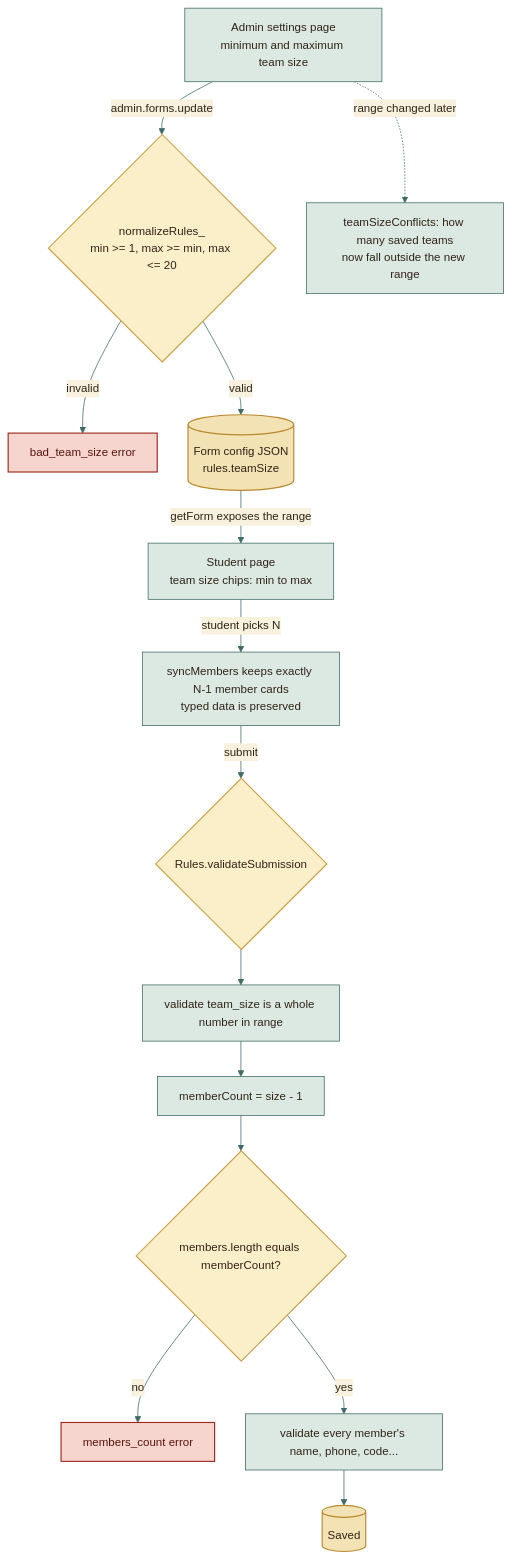
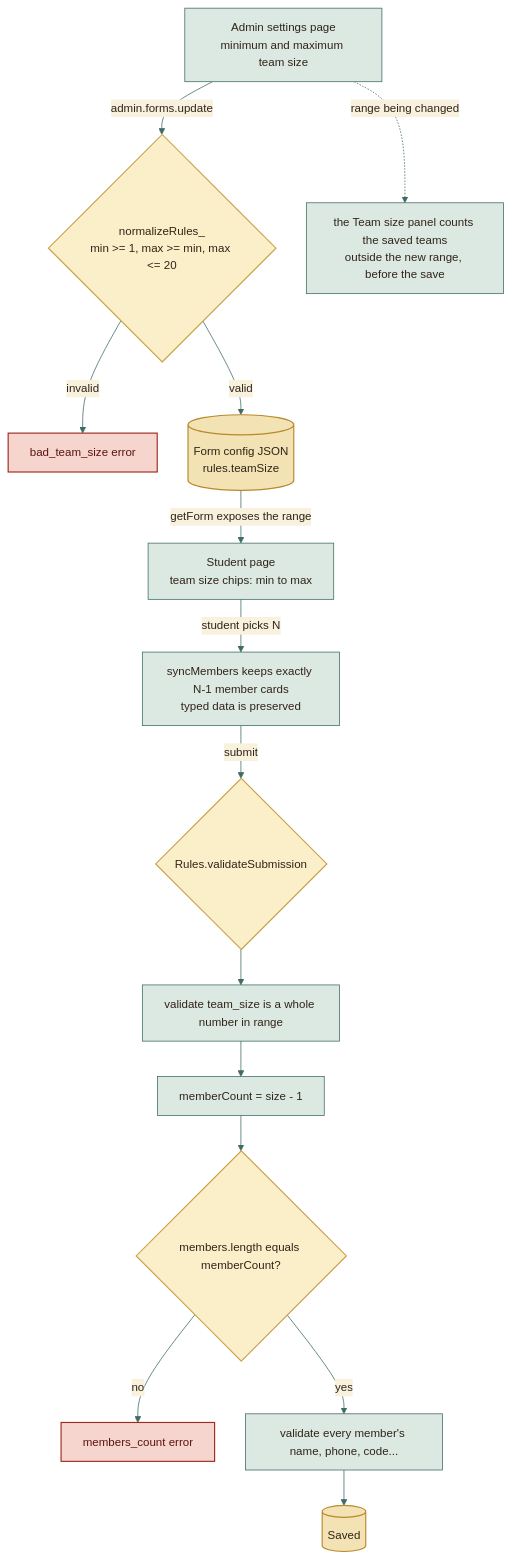
The seventh of 12 diagrams in docs/architecture/ARCHITECTURE.md (moyeh04/forms-platform), drawn with Mermaid before and after one commit. The commit also changed other lines of this file and 4 other files, not shown here.

````diff
--- a/docs/architecture/ARCHITECTURE.md
+++ b/docs/architecture/ARCHITECTURE.md
@@ -433,47 +433,47 @@
 ```mermaid
 %%{init: {
   'theme': 'base',
   'themeVariables': {
     'fontFamily': 'ui-sans-serif, system-ui, -apple-system, Segoe UI, Roboto, sans-serif',
     'fontSize': '15px',
     'primaryColor': '#DCE9E2', 'primaryBorderColor': '#3F6B66', 'primaryTextColor': '#2F2418',
     'secondaryColor': '#F0E4C8', 'secondaryBorderColor': '#C9A24A', 'secondaryTextColor': '#2F2418',
     'tertiaryColor': '#F6EFDC', 'tertiaryBorderColor': '#CDBB94', 'tertiaryTextColor': '#2F2418',
     'lineColor': '#3F6B66', 'textColor': '#2F2418', 'mainBkg': '#DCE9E2', 'nodeBorder': '#3F6B66',
     'clusterBkg': '#F6EFDC', 'clusterBorder': '#CDBB94', 'titleColor': '#2F2418',
     'edgeLabelBackground': '#F8F1DD',
     'actorBkg': '#DCE9E2', 'actorBorder': '#3F6B66', 'actorTextColor': '#2F2418', 'actorLineColor': '#8FB3AB',
     'signalColor': '#477A73', 'signalTextColor': '#477A73',
     'labelBoxBkgColor': '#F0E4C8', 'labelBoxBorderColor': '#C9A24A', 'labelTextColor': '#2F2418', 'loopTextColor': '#6A5A44',
     'noteBkgColor': '#FBEFC9', 'noteBorderColor': '#C9A24A', 'noteTextColor': '#2F2418',
     'activationBkgColor': '#DCE9E2', 'activationBorderColor': '#3F6B66', 'sequenceNumberColor': '#F8F1DD',
     'transitionColor': '#3F6B66', 'stateLabelColor': '#2F2418', 'stateBkg': '#DCE9E2', 'altBackground': '#F6EFDC',
     'attributeBackgroundColorOdd': '#F8F1DD', 'attributeBackgroundColorEven': '#F0E4C8'
   },
   'flowchart': {'curve': 'basis', 'padding': 14, 'nodeSpacing': 40, 'rankSpacing': 46},
   'sequence': {'mirrorActors': false, 'messageMargin': 34, 'boxMargin': 8}
 }}%%
 flowchart TD
     A["Admin settings page<br/>minimum and maximum team size"] -->|"admin.forms.update"| B{"normalizeRules_<br/>min >= 1, max >= min, max <= 20"}
     B -- "invalid" --> X["bad_team_size error"]
     B -- "valid" --> C[("Form config JSON<br/>rules.teamSize")]
     C -->|"getForm exposes the range"| D["Student page<br/>team size chips: min to max"]
     D -->|"student picks N"| E["syncMembers keeps exactly N-1 member cards<br/>typed data is preserved"]
     E -->|"submit"| F{"Rules.validateSubmission"}
     F --> G["validate team_size is a whole number in range"]
     G --> H["memberCount = size - 1"]
     H --> I{"members.length equals memberCount?"}
     I -- "no" --> Y["members_count error"]
     I -- "yes" --> J["validate every member's name, phone, code..."]
     J --> K[("Saved")]
-    A -. "range changed later" .-> L["teamSizeConflicts: how many saved teams<br/>now fall outside the new range"]
+    A -. "range being changed" .-> L["the Team size panel counts the saved teams<br/>outside the new range, before the save"]
     classDef cDb fill:#F3E2B3,stroke:#B8892D,stroke-width:1.5px,color:#2F2418
     classDef cActor fill:#F4D9D3,stroke:#9A3328,stroke-width:1.5px,color:#2F2418
     classDef cDec fill:#FBEFC9,stroke:#C9A24A,stroke-width:1.5px,color:#2F2418
     classDef cEnd fill:#2F2418,stroke:#2F2418,color:#F8F1DD
     classDef cErr fill:#F6D5CF,stroke:#A12B1F,stroke-width:1.5px,color:#5A140C
     classDef cOk fill:#BFD9CF,stroke:#2E5A55,stroke-width:1.5px,color:#17302D
     class C,K cDb
     class B,F,I cDec
     class X,Y cErr
 ```
````
